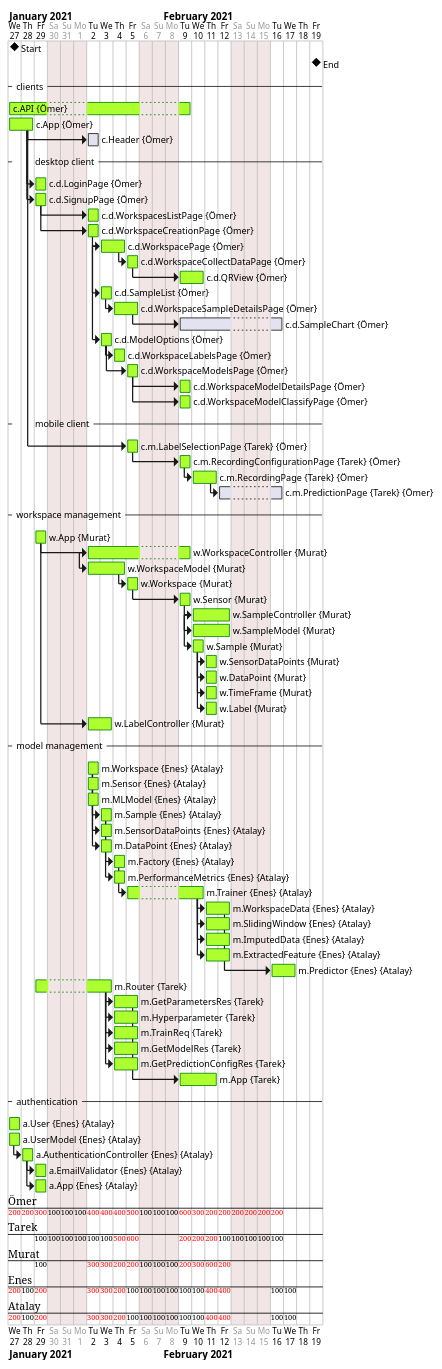
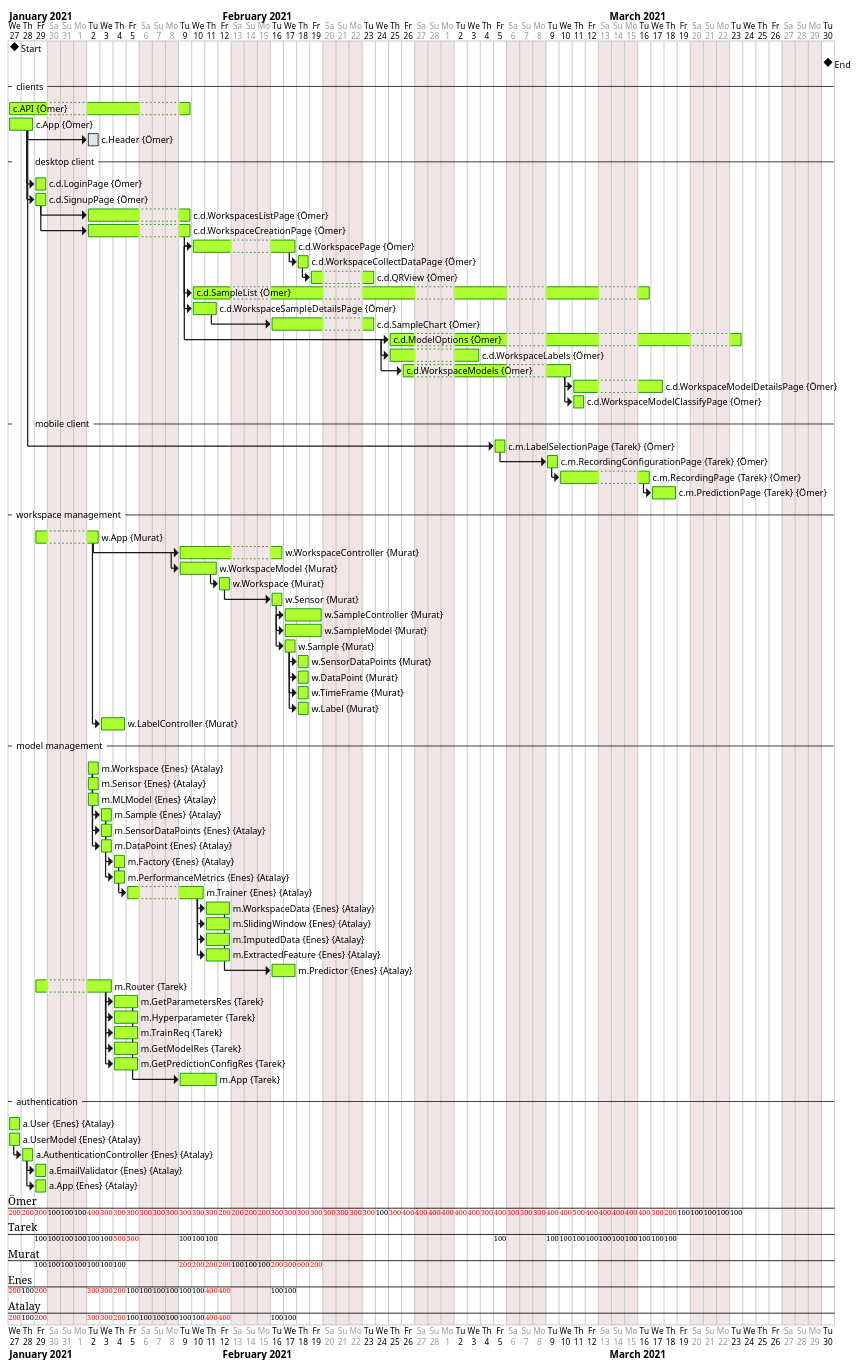
Before and after one commit to PSE-TECO-2020-TEAM1/e2e-ml_docs: the diagram in Implementation/Plan/gantt.pu, drawn with PlantUML. The commit also changed 3 other files, not shown here.

```diff
--- a/Implementation/Plan/gantt.pu
+++ b/Implementation/Plan/gantt.pu
@@ -1,76 +1,76 @@
 @startgantt
 Project starts 2021-01-27
 saturday are closed
 sunday are closed
 monday are closed
 ' and ends 2021-02-19
 [Start] happens 2021-01-27
-[End] happens 2021-02-19
+[End] happens 2021-03-30
 -- clients --
 [c.API] on {Ömer} lasts 2 week and is colored in GreenYellow/Green
 [c.App] on {Ömer} lasts 2 days and is colored in GreenYellow/Green
 [c.Header] on {Ömer} starts 4 day after [c.App]'s end and lasts 1 day
 -- \tdesktop client --
 [c.d.LoginPage] on {Ömer} starts at [c.App]'s end and lasts 1 day and is colored in GreenYellow/Green
 [c.d.SignupPage] on {Ömer} starts at [c.App]'s end and lasts 1 day and is colored in GreenYellow/Green
-[c.d.WorkspacesListPage] on {Ömer} starts at [c.d.SignupPage]'s end and lasts 1 day and is colored in GreenYellow/Green
-[c.d.WorkspaceCreationPage] on {Ömer} starts at [c.d.SignupPage]'s end and lasts 1 days and is colored in GreenYellow/Green
-[c.d.WorkspacePage] on {Ömer} starts at [c.d.WorkspaceCreationPage]'s end and lasts 2 day and is colored in GreenYellow/Green
+[c.d.WorkspacesListPage] on {Ömer} starts at [c.d.SignupPage]'s end and lasts 5 day and is colored in GreenYellow/Green
+[c.d.WorkspaceCreationPage] on {Ömer} starts at [c.d.SignupPage]'s end and lasts 5 days and is colored in GreenYellow/Green
+[c.d.WorkspacePage] on {Ömer} starts at [c.d.WorkspaceCreationPage]'s end and lasts 5 day and is colored in GreenYellow/Green
 [c.d.WorkspaceCollectDataPage] on {Ömer} starts at [c.d.WorkspacePage]'s end and lasts 1 day and is colored in GreenYellow/Green
 [c.d.QRView] on {Ömer} starts at [c.d.WorkspaceCollectDataPage]'s end and lasts 2 days and is colored in GreenYellow/Green
-[c.d.SampleList] on {Ömer} starts at [c.d.WorkspacePage]'s start and lasts 1 day and is colored in GreenYellow/Green
-[c.d.WorkspaceSampleDetailsPage] on {Ömer} starts at [c.d.SampleList]'s end and lasts 2 days and is colored in GreenYellow/Green
-[c.d.SampleChart] on {Ömer} starts 2 days after [c.d.WorkspaceSampleDetailsPage]'s end and lasts 5 days
-[c.d.ModelOptions] on {Ömer} starts at [c.d.WorkspacePage]'s start and lasts 1 day and is colored in GreenYellow/Green
-[c.d.WorkspaceLabelsPage] on {Ömer} starts at [c.d.ModelOptions]'s end and lasts 1 day and is colored in GreenYellow/Green
-[c.d.WorkspaceModelsPage] on {Ömer} starts 1 day after [c.d.ModelOptions]'s end and lasts 1 day and is colored in GreenYellow/Green
-[c.d.WorkspaceModelDetailsPage] on {Ömer} starts at [c.d.WorkspaceModelsPage]'s end and lasts 1 day and is colored in GreenYellow/Green
-[c.d.WorkspaceModelClassifyPage] on {Ömer} starts at [c.d.WorkspaceModelsPage]'s end and lasts 1 day and is colored in GreenYellow/Green
+[c.d.SampleList] on {Ömer} starts at [c.d.WorkspacePage]'s start and lasts 20 day and is colored in GreenYellow/Green
+[c.d.WorkspaceSampleDetailsPage] on {Ömer} starts at [c.d.WorkspacePage]'s start and lasts 2 days and is colored in GreenYellow/Green
+[c.d.SampleChart] on {Ömer} starts 2 days after [c.d.WorkspaceSampleDetailsPage]'s end and lasts 5 days and is colored in GreenYellow/Green
+[c.d.ModelOptions] on {Ömer} starts 15 days after [c.d.WorkspacePage]'s start and lasts 15 day and is colored in GreenYellow/Green
+[c.d.WorkspaceLabels] on {Ömer} starts at [c.d.ModelOptions]'s start and lasts 4 day and is colored in GreenYellow/Green
+[c.d.WorkspaceModels] on {Ömer} starts 1 day after [c.d.ModelOptions]'s start and lasts 7 day and is colored in GreenYellow/Green
+[c.d.WorkspaceModelDetailsPage] on {Ömer} starts at [c.d.WorkspaceModels]'s end and lasts 4 day and is colored in GreenYellow/Green
+[c.d.WorkspaceModelClassifyPage] on {Ömer} starts at [c.d.WorkspaceModels]'s end and lasts 1 day and is colored in GreenYellow/Green
 -- \tmobile client --
-[c.m.LabelSelectionPage] on {Tarek} {Ömer} starts 7 days after [c.App]'s end and lasts 1 day and is colored in GreenYellow/Green
+[c.m.LabelSelectionPage] on {Tarek} {Ömer} starts 35 days after [c.App]'s end and lasts 1 day and is colored in GreenYellow/Green
 [c.m.RecordingConfigurationPage] on {Tarek} {Ömer} starts at [c.m.LabelSelectionPage]'s end and lasts 1 day and is colored in GreenYellow/Green
-[c.m.RecordingPage] on {Tarek} {Ömer} starts at [c.m.RecordingConfigurationPage]'s end and lasts 3 day and is colored in GreenYellow/Green
-[c.m.PredictionPage] on {Tarek} {Ömer} starts at [c.m.RecordingPage]'s end and lasts 3 day
+[c.m.RecordingPage] on {Tarek} {Ömer} starts at [c.m.RecordingConfigurationPage]'s end and lasts 8 day and is colored in GreenYellow/Green
+[c.m.PredictionPage] on {Tarek} {Ömer} starts at [c.m.RecordingPage]'s end and lasts 4 day and is colored in GreenYellow/Green
 -- workspace management --
-[w.App] on {Murat} starts 2021-01-29 and  lasts 1 day and is colored in GreenYellow/Green
+[w.App] on {Murat} starts 2021-01-29 and  lasts 2 day and is colored in GreenYellow/Green
 [w.WorkspaceController] on {Murat} starts 3 days after [w.App]'s end and lasts 5 day and is colored in GreenYellow/Green
 [w.WorkspaceModel] on {Murat} starts at [w.WorkspaceController]'s start and lasts 3 day and is colored in GreenYellow/Green
 [w.Workspace] on {Murat} starts at [w.WorkspaceModel]'s end and lasts 1 day and is colored in GreenYellow/Green
 [w.Sensor] on {Murat} starts at [w.Workspace]'s end and lasts 1 day and is colored in GreenYellow/Green
 [w.SampleController] on {Murat} starts at [w.Sensor]'s end and lasts 3 day and is colored in GreenYellow/Green
 [w.SampleModel] on {Murat} starts at [w.SampleController]'s start and lasts 3 day and is colored in GreenYellow/Green
 [w.Sample] on {Murat} starts at [w.SampleController]'s start and lasts 1 day and is colored in GreenYellow/Green
 [w.SensorDataPoints] on {Murat} starts at [w.Sample]'s end and lasts 1 day and is colored in GreenYellow/Green
 [w.DataPoint] on {Murat} starts at [w.SensorDataPoints]'s start and lasts 1 day and is colored in GreenYellow/Green
 [w.TimeFrame] on {Murat} starts at [w.Sample]'s end and lasts 1 day and is colored in GreenYellow/Green
 [w.Label] on {Murat} starts at [w.Sample]'s end and lasts 1 day and is colored in GreenYellow/Green
 [w.LabelController] on {Murat} starts at [w.App]'s end and lasts 2 day and is colored in GreenYellow/Green
 -- model management --
 [m.Workspace] on {Enes} {Atalay} starts 2021-02-01 and lasts 1 day and is colored in GreenYellow/Green
 [m.Sensor] on {Enes} {Atalay} starts 2021-02-01 and lasts 1 day  and is colored in GreenYellow/Green
 [m.MLModel] on {Enes} {Atalay} starts 2021-02-01 and lasts 1 day and is colored in GreenYellow/Green
 [m.Sample] on {Enes} {Atalay} starts at [m.Workspace]'s end and lasts 1 day and is colored in GreenYellow/Green
 [m.SensorDataPoints] on {Enes} {Atalay} starts at [m.Workspace]'s end and lasts 1 day and is colored in GreenYellow/Green
 [m.DataPoint] on {Enes} {Atalay} starts at [m.Workspace]'s end and lasts 1 day and is colored in GreenYellow/Green
 [m.Factory] on {Enes} {Atalay} starts at [m.Sample]'s end and lasts 2 day and is colored in GreenYellow/Green
 [m.PerformanceMetrics] on {Enes} {Atalay} starts at [m.Sample]'s end and lasts 2 day  and is colored in GreenYellow/Green
 [m.Trainer] on {Enes} {Atalay} starts at [m.Factory]'s end and lasts 5 day and is colored in GreenYellow/Green
 [m.WorkspaceData] on {Enes} {Atalay} starts at [m.Trainer]'s end and lasts 3 day  and is colored in GreenYellow/Green
 [m.SlidingWindow] on {Enes} {Atalay} starts at [m.Trainer]'s end and lasts 3 day  and is colored in GreenYellow/Green
 [m.ImputedData] on {Enes} {Atalay} starts at [m.Trainer]'s end and lasts 3 day  and is colored in GreenYellow/Green
 [m.ExtractedFeature] on {Enes} {Atalay} starts at [m.Trainer]'s end and lasts 3 day  and is colored in GreenYellow/Green
 [m.Predictor] on {Enes} {Atalay} starts at [m.WorkspaceData]'s end and lasts 3 day  and is colored in GreenYellow/Green
 [m.Router] on {Tarek} starts 2021-01-29 and lasts 3 day and is colored in GreenYellow/Green
 [m.GetParametersRes] on {Tarek} starts at [m.Router]'s end and lasts 2 day and is colored in GreenYellow/Green
 [m.Hyperparameter] on {Tarek} starts at [m.Router]'s end and lasts 2 day and is colored in GreenYellow/Green
 [m.TrainReq] on {Tarek} starts at [m.Router]'s end and lasts 2 day and is colored in GreenYellow/Green
 [m.GetModelRes] on {Tarek} starts at [m.Router]'s end and lasts 2 day and is colored in GreenYellow/Green
 [m.GetPredictionConfigRes] on {Tarek} starts at [m.Router]'s end and lasts 2 day and is colored in GreenYellow/Green
 [m.App] on {Tarek} starts at [m.GetParametersRes]'s end and lasts 3 day  and is colored in GreenYellow/Green
 -- authentication --
 [a.User] on {Enes} {Atalay} lasts 1 day and is colored in GreenYellow/Green
 [a.UserModel] on {Enes} {Atalay} lasts 1 day and is colored in GreenYellow/Green
 [a.AuthenticationController] on {Enes} {Atalay} starts at [a.UserModel]'s end and lasts 1 day and is colored in GreenYellow/Green
 [a.EmailValidator] on {Enes} {Atalay} starts at [a.AuthenticationController]'s end and lasts 1 day and is colored in GreenYellow/Green
 [a.App] on {Enes} {Atalay} starts at [a.AuthenticationController]'s end and lasts 1 day and is colored in GreenYellow/Green
 @endgantt
```
